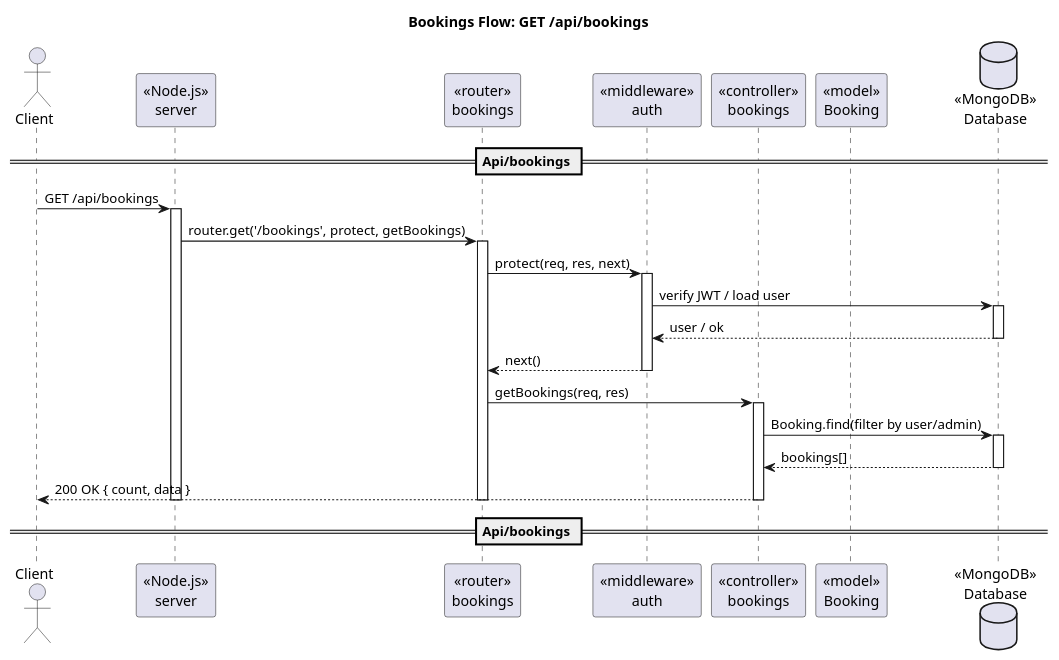
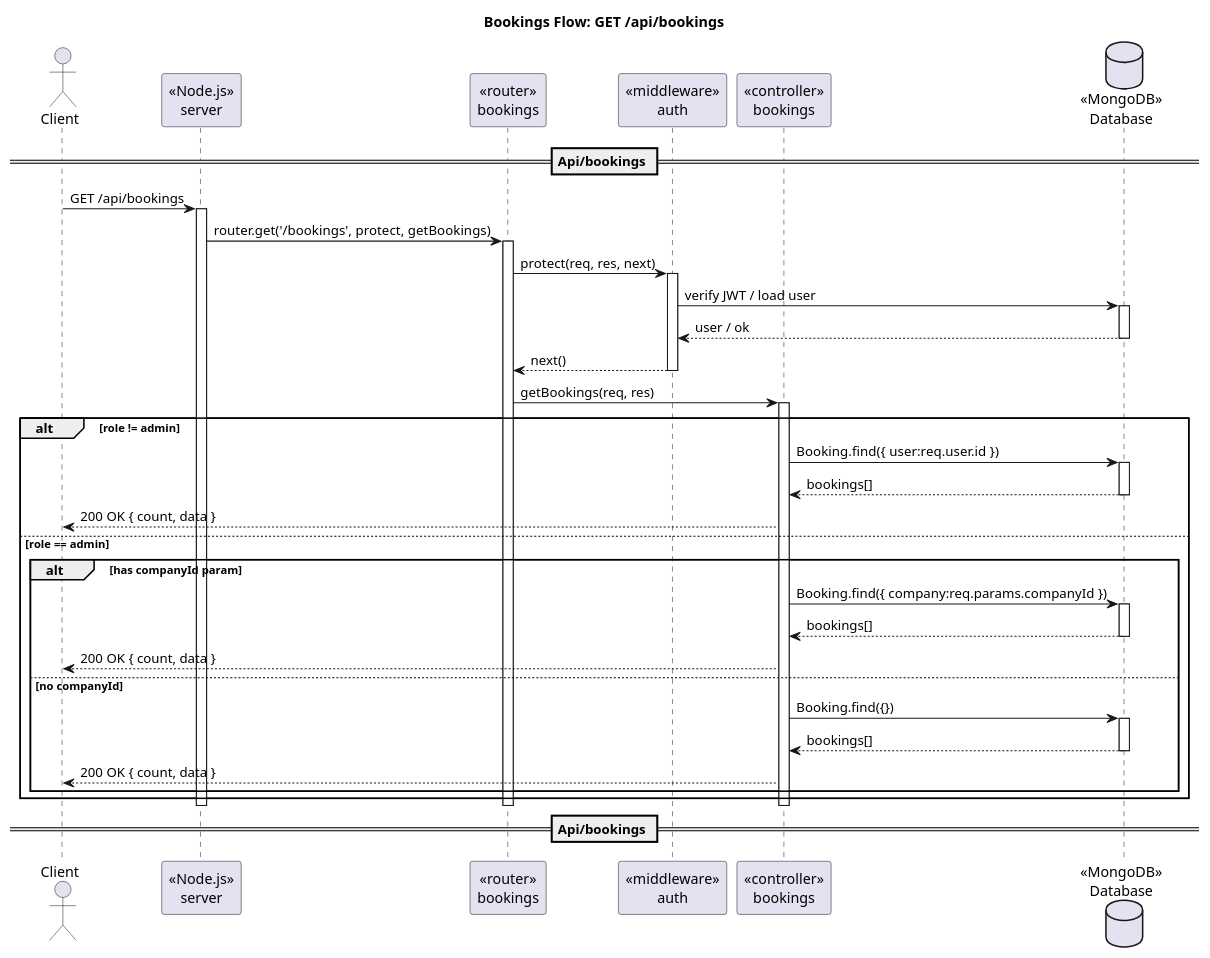
Before and after one commit to 098ff/ArtmaybeDEV: the diagram in docs/diagram/sequence/seq_bookings_get.puml, drawn with PlantUML. The commit also changed 23 other files, not shown here.

```diff
--- a/docs/diagram/sequence/seq_bookings_get.puml
+++ b/docs/diagram/sequence/seq_bookings_get.puml
@@ -1,35 +1,50 @@
 @startuml
 title Bookings Flow: GET /api/bookings
 actor Client
 participant "«Node.js»\nserver" as Server
 participant "«router»\nbookings" as Router
 participant "«middleware»\nauth" as AuthMW
 participant "«controller»\nbookings" as Ctrl
-participant "«model»\nBooking" as BookingModel
 database "«MongoDB»\nDatabase" as DB
 
 == Api/bookings ==
 Client -> Server : GET /api/bookings
 activate Server
 Server -> Router : router.get('/bookings', protect, getBookings)
 activate Router
 Router -> AuthMW : protect(req, res, next)
 activate AuthMW
 AuthMW -> DB : verify JWT / load user
 activate DB
 DB --> AuthMW : user / ok
 deactivate DB
 AuthMW --> Router : next()
 deactivate AuthMW
 Router -> Ctrl : getBookings(req, res)
 activate Ctrl
-Ctrl -> DB : Booking.find(filter by user/admin)
-activate DB
-DB --> Ctrl : bookings[]
-deactivate DB
-Ctrl --> Client : 200 OK { count, data }
+alt role != admin
+  Ctrl -> DB : Booking.find({ user:req.user.id })
+  activate DB
+  DB --> Ctrl : bookings[]
+  deactivate DB
+  Ctrl --> Client : 200 OK { count, data }
+else role == admin
+  alt has companyId param
+    Ctrl -> DB : Booking.find({ company:req.params.companyId })
+    activate DB
+    DB --> Ctrl : bookings[]
+    deactivate DB
+    Ctrl --> Client : 200 OK { count, data }
+  else no companyId
+    Ctrl -> DB : Booking.find({})
+    activate DB
+    DB --> Ctrl : bookings[]
+    deactivate DB
+    Ctrl --> Client : 200 OK { count, data }
+  end
+end
 deactivate Ctrl
 deactivate Router
 deactivate Server
 == Api/bookings ==
 @enduml
```
